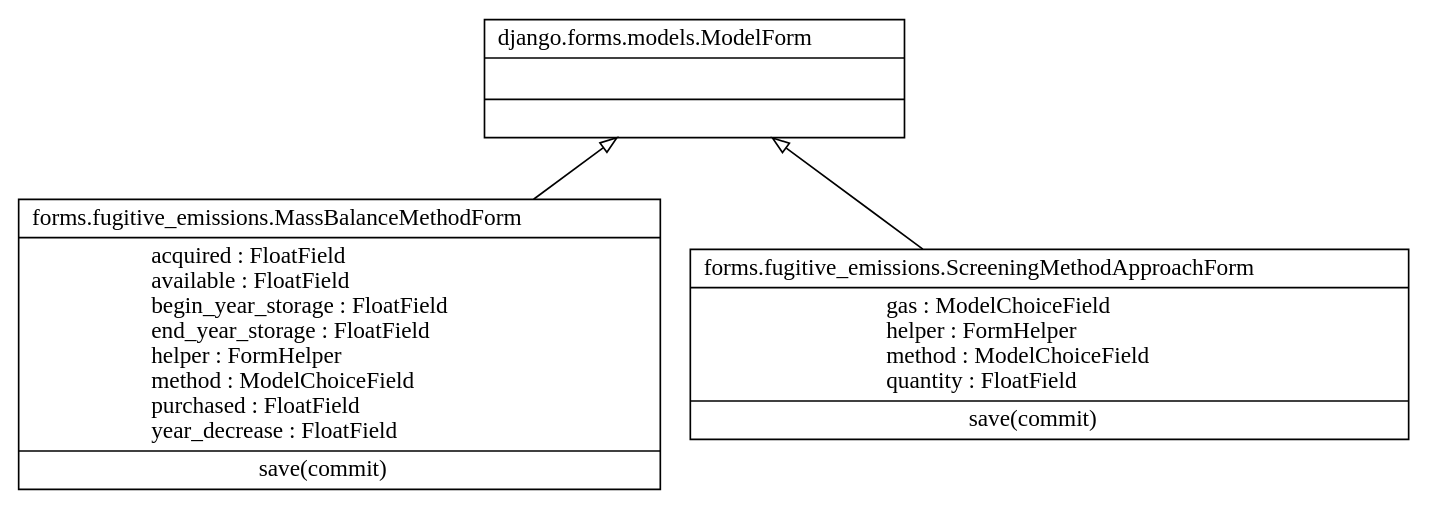
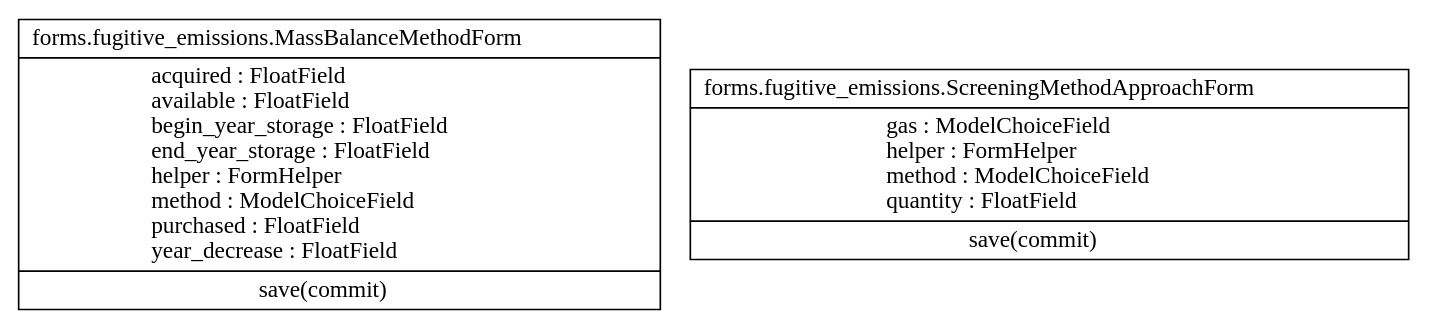
Before and after one commit to fingreen-ai/greenlang: the diagram in calculations/ghg/scope_1/forms/classes.dot, drawn with Graphviz. The commit also changed 3 other files, not shown here.

Commit message:
Remove ModelForm references

```diff
--- a/calculations/ghg/scope_1/forms/classes.dot
+++ b/calculations/ghg/scope_1/forms/classes.dot
@@ -1,9 +1,6 @@
 digraph "classes" {
 rankdir=BT
 charset="utf-8"
-"django.forms.models.ModelForm" [color="black", fontcolor="black", label=<{django.forms.models.ModelForm|<br ALIGN="LEFT"/>|}>, shape="record", style="solid"];
 "forms.fugitive_emissions.MassBalanceMethodForm" [color="black", fontcolor="black", label=<{forms.fugitive_emissions.MassBalanceMethodForm|acquired : FloatField<br ALIGN="LEFT"/>available : FloatField<br ALIGN="LEFT"/>begin_year_storage : FloatField<br ALIGN="LEFT"/>end_year_storage : FloatField<br ALIGN="LEFT"/>helper : FormHelper<br ALIGN="LEFT"/>method : ModelChoiceField<br ALIGN="LEFT"/>purchased : FloatField<br ALIGN="LEFT"/>year_decrease : FloatField<br ALIGN="LEFT"/>|save(commit)<br ALIGN="LEFT"/>}>, shape="record", style="solid"];
 "forms.fugitive_emissions.ScreeningMethodApproachForm" [color="black", fontcolor="black", label=<{forms.fugitive_emissions.ScreeningMethodApproachForm|gas : ModelChoiceField<br ALIGN="LEFT"/>helper : FormHelper<br ALIGN="LEFT"/>method : ModelChoiceField<br ALIGN="LEFT"/>quantity : FloatField<br ALIGN="LEFT"/>|save(commit)<br ALIGN="LEFT"/>}>, shape="record", style="solid"];
-"forms.fugitive_emissions.MassBalanceMethodForm" -> "django.forms.models.ModelForm" [arrowhead="empty", arrowtail="none"];
-"forms.fugitive_emissions.ScreeningMethodApproachForm" -> "django.forms.models.ModelForm" [arrowhead="empty", arrowtail="none"];
 }
```
